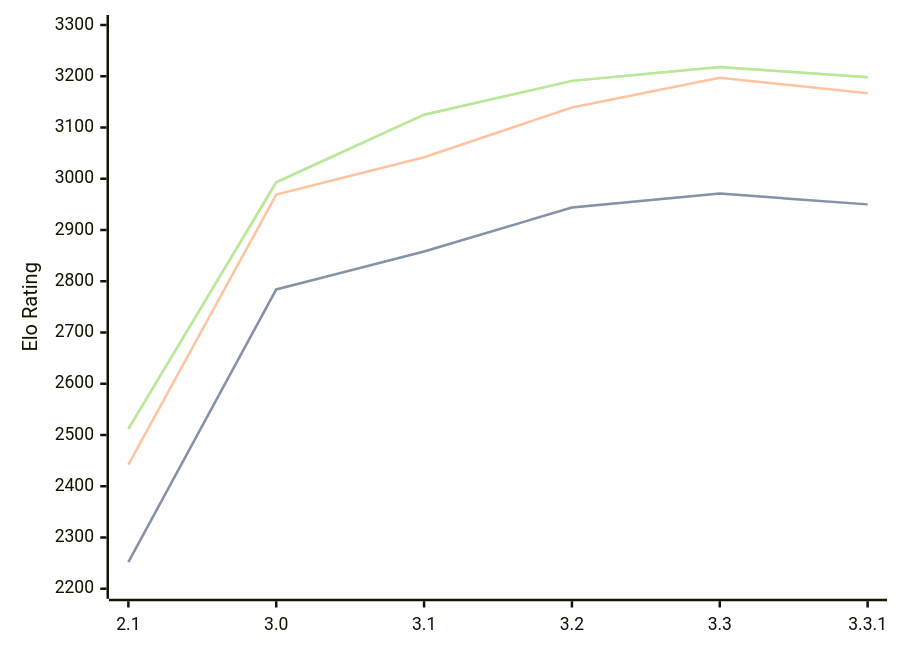
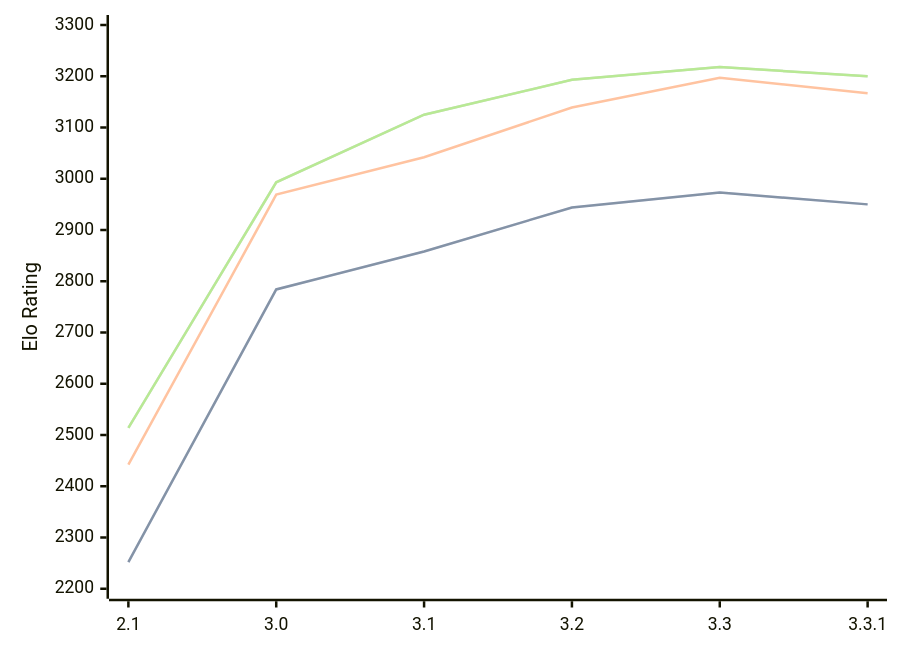
The diagram in engines/Petrel.md (computer-chess-index/cci), drawn with Mermaid before and after one commit. The commit also changed other lines of this file, not shown here.

Commit message:
Update CCI Ratings (ELO VLTC) - 2026-04-02

````diff
--- a/engines/Petrel.md
+++ b/engines/Petrel.md
@@ -45,11 +45,11 @@
 ```mermaid
 %%{init: {"theme":"base","themeVariables":{"seriesColors:['#a3a3a3','#222221','#faa371']}}}%%
 xychart-beta
   x-axis ["2.1", "3.0", "3.1", "3.2", "3.3", "3.3.1"]
   y-axis "Elo Rating" 2200 --> 3300
-  line "STC (8.0+0.08s)" [2252, 2784, 2858, 2944, 2971, 2950]
-  line "STC (8.0+0.08s)" [2252, 2784, 2858, 2944, 2971, 2950]
+  line "STC (8.0+0.08s)" [2252, 2784, 2858, 2944, 2973, 2950]
+  line "STC (8.0+0.08s)" [2252, 2784, 2858, 2944, 2973, 2950]
   line "LTC (60.0+0.60s)" [2442, 2969, 3042, 3139, 3197, 3167]
-  line "VLTC (2m24s+1.12s)" [2512, 2993, 3125, 3191, 3218, 3198]
-  line "VLTC (2m24s+1.12s)" [2512, 2993, 3125, 3191, 3218, 3198]
+  line "VLTC (2m24s+1.12s)" [2514, 2993, 3125, 3193, 3218, 3200]
+  line "VLTC (2m24s+1.12s)" [2514, 2993, 3125, 3193, 3218, 3200]
 ```
````
